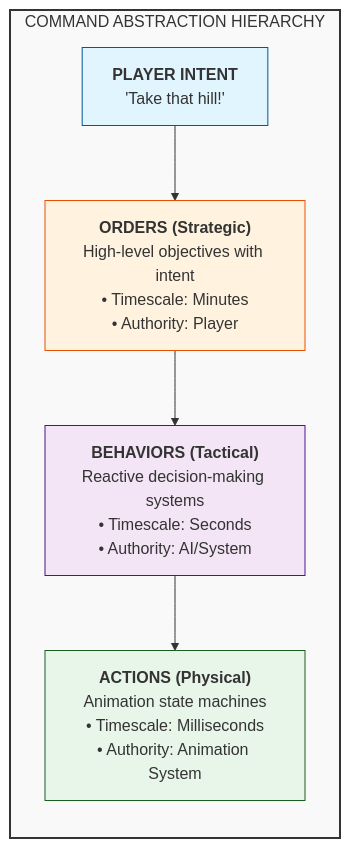
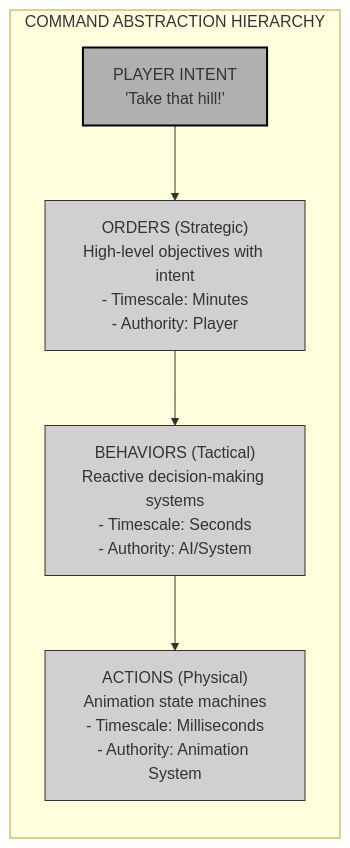
The first of 5 diagrams in chapter_06_orders_ai.md (jukofyork/close-combat-architecture-study), drawn with Mermaid before and after one commit. The commit also changed other lines of this file and 15 other files, not shown here.

````diff
--- a/chapter_06_orders_ai.md
+++ b/chapter_06_orders_ai.md
@@ -7,22 +7,24 @@
 ```mermaid
 flowchart TB
     subgraph Hierarchy["COMMAND ABSTRACTION HIERARCHY"]
         direction TB
         
-        PI["<b>PLAYER INTENT</b><br>'Take that hill!'"]
+        PI["PLAYER INTENT<br/>'Take that hill!'"]
         
-        ORDERS["<b>ORDERS (Strategic)</b><br>High-level objectives with intent<br>• Timescale: Minutes<br>• Authority: Player"]
+        ORDERS["ORDERS (Strategic)<br/>High-level objectives with intent<br/>- Timescale: Minutes<br/>- Authority: Player"]
         
-        BEHAVIORS["<b>BEHAVIORS (Tactical)</b><br>Reactive decision-making systems<br>• Timescale: Seconds<br>• Authority: AI/System"]
+        BEHAVIORS["BEHAVIORS (Tactical)<br/>Reactive decision-making systems<br/>- Timescale: Seconds<br/>- Authority: AI/System"]
         
-        ACTIONS["<b>ACTIONS (Physical)</b><br>Animation state machines<br>• Timescale: Milliseconds<br>• Authority: Animation System"]
+        ACTIONS["ACTIONS (Physical)<br/>Animation state machines<br/>- Timescale: Milliseconds<br/>- Authority: Animation System"]
         
         PI --> ORDERS --> BEHAVIORS --> ACTIONS
     end
     
-    style Hierarchy fill:#f9f9f9,stroke:#333,stroke-width:2px
-    style PI fill:#e1f5fe,stroke:#01579b
-    style ORDERS fill:#fff3e0,stroke:#e65100
-    style BEHAVIORS fill:#f3e5f5,stroke:#4a148c
-    style ACTIONS fill:#e8f5e9,stroke:#1b5e20
+    classDef default fill:#fff,stroke:#000,stroke-width:1px
+    classDef light fill:#f0f0f0,stroke:#333,stroke-width:1px
+    classDef medium fill:#d0d0d0,stroke:#333,stroke-width:1px
+    classDef dark fill:#b0b0b0,stroke:#000,stroke-width:2px
+    
+    class PI dark
+    class ORDERS,BEHAVIORS,ACTIONS medium
 ```
````
